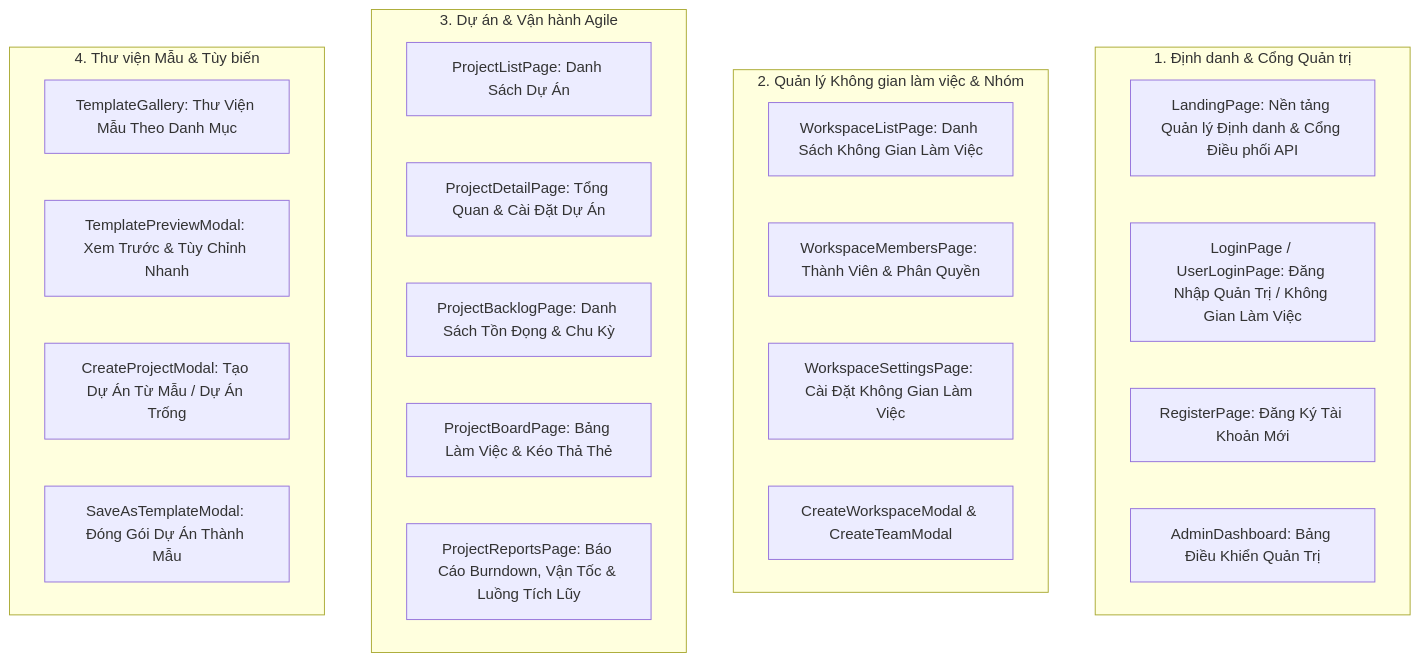
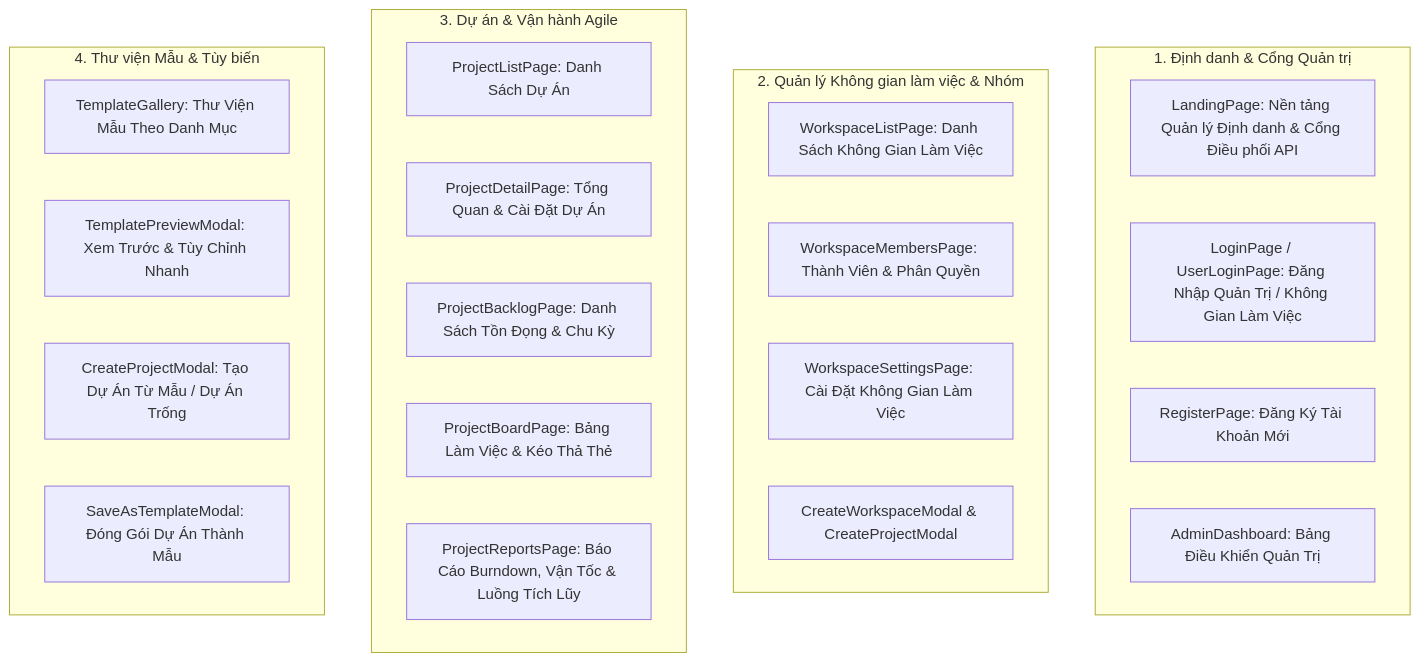
The diagram in docs/services/language/1_FRONTEND_VIETNAMESE_TERMINOLOGY_AND_STYLE_GUIDE.md (Hecker-Chuoi/DATN-2026), drawn with Mermaid before and after one commit. The commit also changed other lines of this file and 6 other files, not shown here.

````diff
--- a/docs/services/language/1_FRONTEND_VIETNAMESE_TERMINOLOGY_AND_STYLE_GUIDE.md
+++ b/docs/services/language/1_FRONTEND_VIETNAMESE_TERMINOLOGY_AND_STYLE_GUIDE.md
@@ -338,31 +338,31 @@
 ```mermaid
 flowchart TD
     subgraph AuthPortal ["1. Định danh & Cổng Quản trị"]
         P1["LandingPage: Nền tảng Quản lý Định danh & Cổng Điều phối API"]
         P2["LoginPage / UserLoginPage: Đăng Nhập Quản Trị / Không Gian Làm Việc"]
         P3["RegisterPage: Đăng Ký Tài Khoản Mới"]
         P4["AdminDashboard: Bảng Điều Khiển Quản Trị"]
     end
 
     subgraph WorkspaceModule ["2. Quản lý Không gian làm việc & Nhóm"]
         W1["WorkspaceListPage: Danh Sách Không Gian Làm Việc"]
         W2["WorkspaceMembersPage: Thành Viên & Phân Quyền"]
         W3["WorkspaceSettingsPage: Cài Đặt Không Gian Làm Việc"]
-        W4["CreateWorkspaceModal & CreateTeamModal"]
+        W4["CreateWorkspaceModal & CreateProjectModal"]
     end
 
     subgraph ProjectCore ["3. Dự án & Vận hành Agile"]
         J1["ProjectListPage: Danh Sách Dự Án"]
         J2["ProjectDetailPage: Tổng Quan & Cài Đặt Dự Án"]
         J3["ProjectBacklogPage: Danh Sách Tồn Đọng & Chu Kỳ"]
         J4["ProjectBoardPage: Bảng Làm Việc & Kéo Thả Thẻ"]
         J5["ProjectReportsPage: Báo Cáo Burndown, Vận Tốc & Luồng Tích Lũy"]
     end
 
     subgraph TemplateEngine ["4. Thư viện Mẫu & Tùy biến"]
         T1["TemplateGallery: Thư Viện Mẫu Theo Danh Mục"]
         T2["TemplatePreviewModal: Xem Trước & Tùy Chỉnh Nhanh"]
         T3["CreateProjectModal: Tạo Dự Án Từ Mẫu / Dự Án Trống"]
         T4["SaveAsTemplateModal: Đóng Gói Dự Án Thành Mẫu"]
     end
 ```
````
